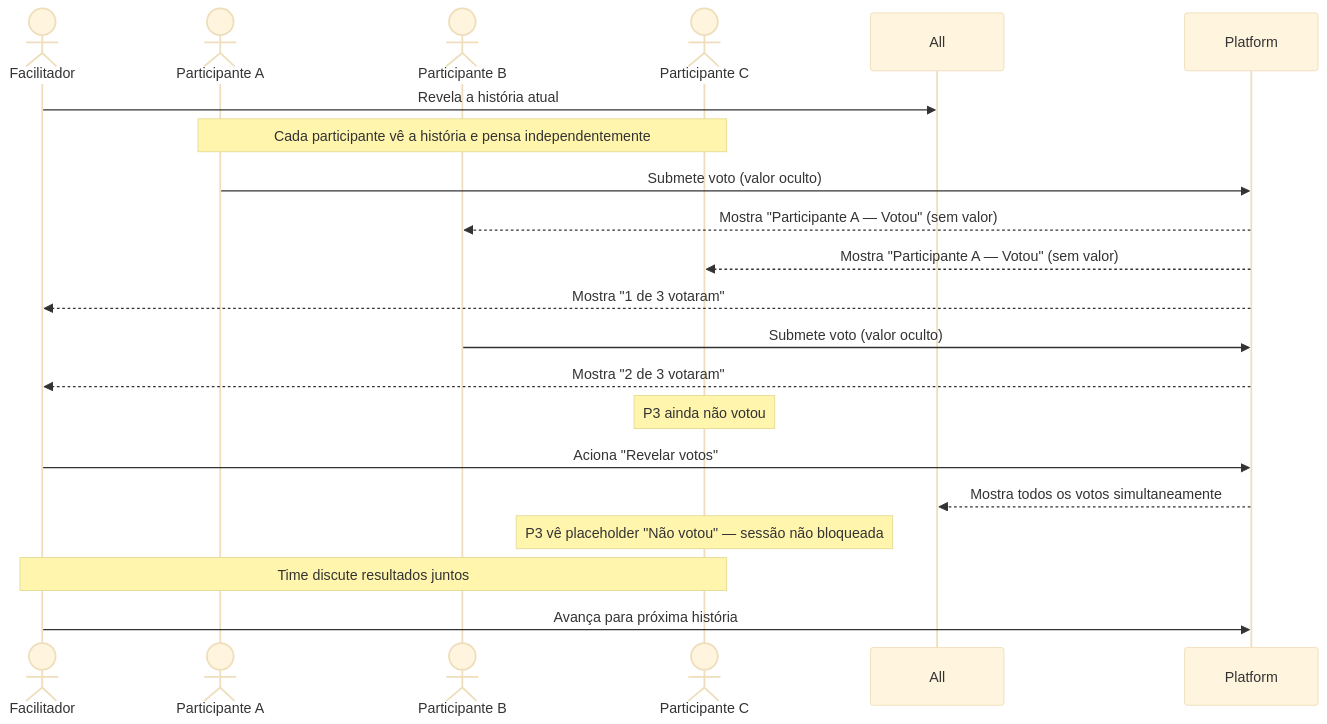
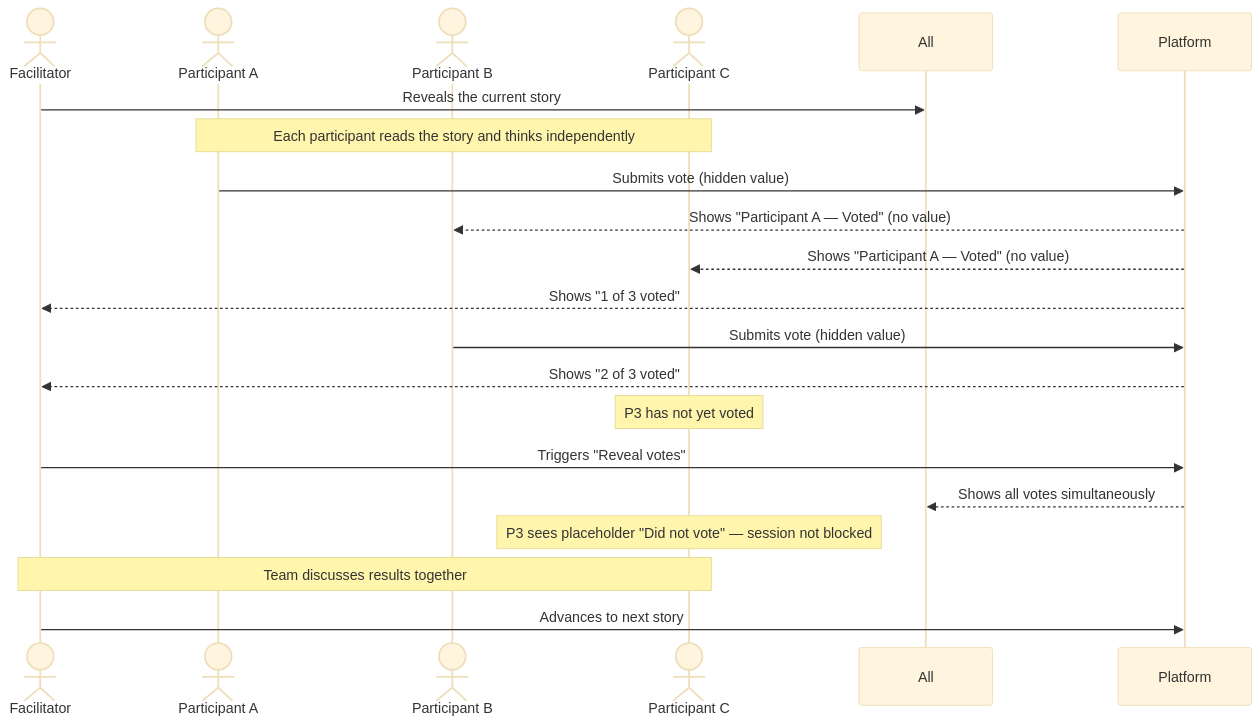
One commit to hugo-hsbtech/teamwork-process changed the third of 5 diagrams in docs/use-cases/case-poker/06.1-product-backlog-queue-voting.md. Above: the diagram before and after it, drawn with Mermaid (base theme). The commit also changed other lines of this file and 63 other files, not shown here.

````diff
--- a/docs/use-cases/case-poker/06.1-product-backlog-queue-voting.md
+++ b/docs/use-cases/case-poker/06.1-product-backlog-queue-voting.md
@@ -100,26 +100,26 @@
 ```mermaid
 sequenceDiagram
-    actor F as Facilitador
-    actor P1 as Participante A
-    actor P2 as Participante B
-    actor P3 as Participante C
+    actor F as Facilitator
+    actor P1 as Participant A
+    actor P2 as Participant B
+    actor P3 as Participant C
 
-    F->>All: Revela a história atual
-    Note over P1,P3: Cada participante vê a história e pensa independentemente
+    F->>All: Reveals the current story
+    Note over P1,P3: Each participant reads the story and thinks independently
 
-    P1->>Platform: Submete voto (valor oculto)
-    Platform-->>P2: Mostra "Participante A — Votou" (sem valor)
-    Platform-->>P3: Mostra "Participante A — Votou" (sem valor)
-    Platform-->>F: Mostra "1 de 3 votaram"
+    P1->>Platform: Submits vote (hidden value)
+    Platform-->>P2: Shows "Participant A — Voted" (no value)
+    Platform-->>P3: Shows "Participant A — Voted" (no value)
+    Platform-->>F: Shows "1 of 3 voted"
 
-    P2->>Platform: Submete voto (valor oculto)
-    Platform-->>F: Mostra "2 de 3 votaram"
+    P2->>Platform: Submits vote (hidden value)
+    Platform-->>F: Shows "2 of 3 voted"
 
-    Note over P3: P3 ainda não votou
-    F->>Platform: Aciona "Revelar votos"
-    Platform-->>All: Mostra todos os votos simultaneamente
-    Note over P3: P3 vê placeholder "Não votou" — sessão não bloqueada
+    Note over P3: P3 has not yet voted
+    F->>Platform: Triggers "Reveal votes"
+    Platform-->>All: Shows all votes simultaneously
+    Note over P3: P3 sees placeholder "Did not vote" — session not blocked
 
-    Note over F,P3: Time discute resultados juntos
-    F->>Platform: Avança para próxima história
+    Note over F,P3: Team discusses results together
+    F->>Platform: Advances to next story
 ```
````
